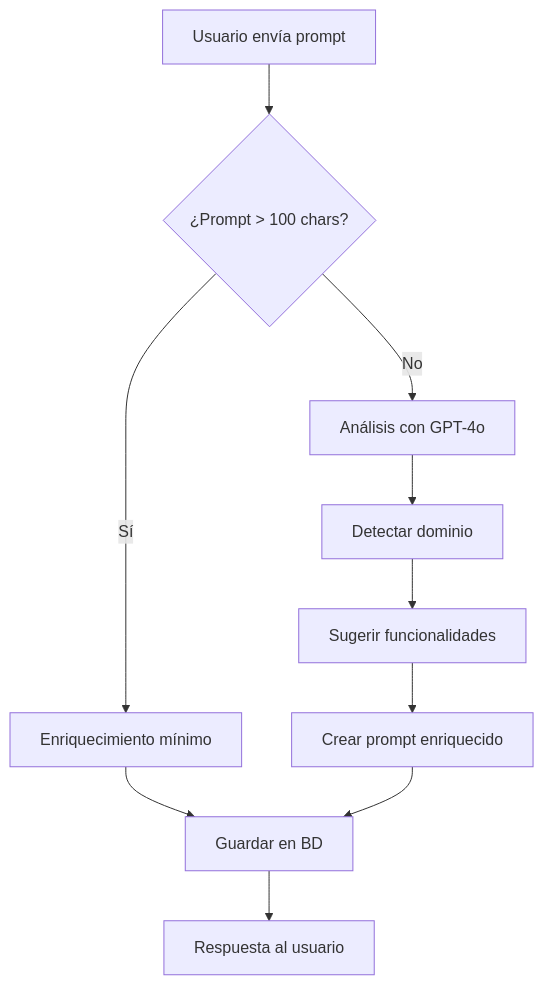
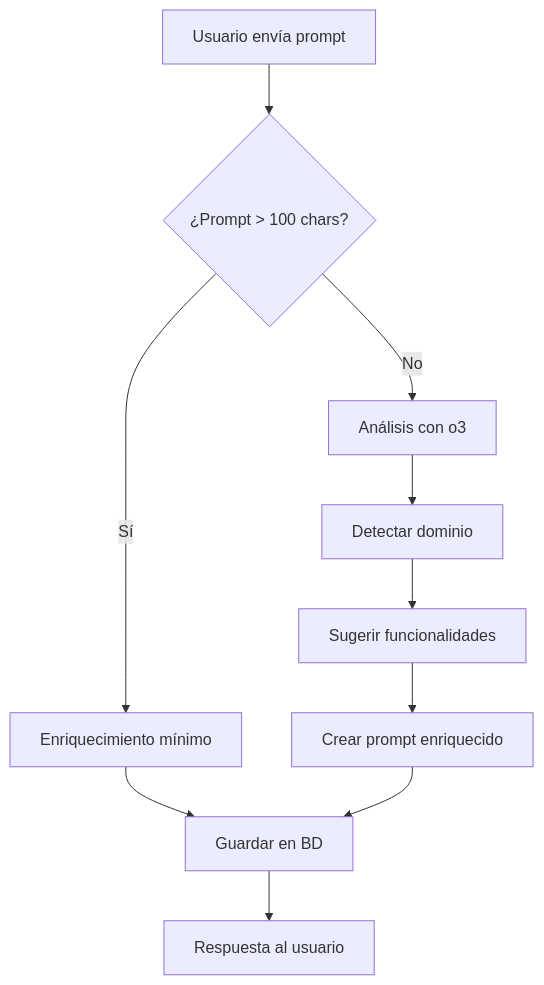
One commit to SW1-2P/backendSW1-P2 changed the diagram in src/mobile-generator/PROMPT_ENRICHMENT_GUIDE.md. Above: the diagram before and after it, drawn with Mermaid. The commit also changed other lines of this file and 11 other files, not shown here.

````diff
--- a/src/mobile-generator/PROMPT_ENRICHMENT_GUIDE.md
+++ b/src/mobile-generator/PROMPT_ENRICHMENT_GUIDE.md
@@ -102,12 +102,12 @@
 ```mermaid
 graph TD
     A[Usuario envía prompt] --> B{¿Prompt > 100 chars?}
     B -->|Sí| C[Enriquecimiento mínimo]
-    B -->|No| D[Análisis con GPT-4o]
+    B -->|No| D[Análisis con o3]
     D --> E[Detectar dominio]
     E --> F[Sugerir funcionalidades]
     F --> G[Crear prompt enriquecido]
     C --> H[Guardar en BD]
     G --> H
     H --> I[Respuesta al usuario]
 ```
````
